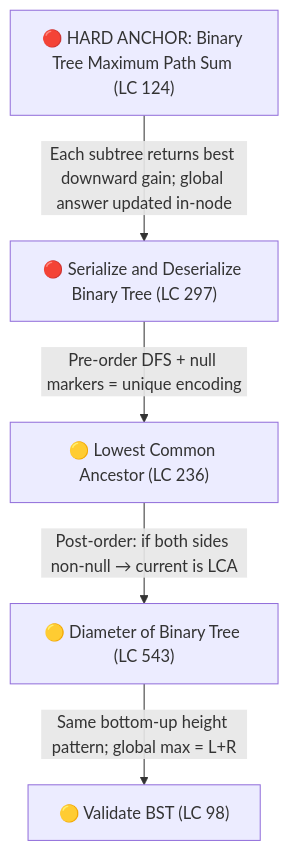
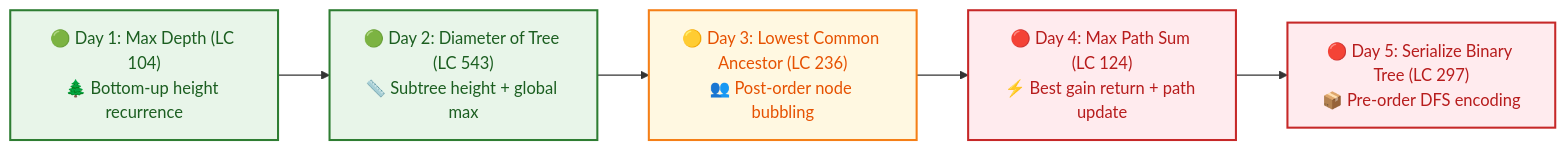
Before and after one commit to dip4k/DSA_102: the ninth of 19 diagrams in Senior_dsa_question_list.md, drawn with Mermaid. The commit also changed other lines of this file and 332 other files, not shown here.

````diff
--- a/Senior_dsa_question_list.md
+++ b/Senior_dsa_question_list.md
@@ -251,7 +308,14 @@
 ```mermaid
-flowchart TD
-    A["🔴 HARD ANCHOR: Binary Tree Maximum Path Sum (LC 124)"] -->|"Each subtree returns best downward gain; global answer updated in-node"| B["🔴 Serialize and Deserialize Binary Tree (LC 297)"]
-    B -->|"Pre-order DFS + null markers = unique encoding"| C["🟡 Lowest Common Ancestor (LC 236)"]
-    C -->|"Post-order: if both sides non-null → current is LCA"| D["🟡 Diameter of Binary Tree (LC 543)"]
-    D -->|"Same bottom-up height pattern; global max = L+R"| E["🟡 Validate BST (LC 98)"]
+flowchart LR
+    classDef startNode fill:#e8f5e9,stroke:#2e7d32,stroke-width:2px,color:#1b5e20
+    classDef midNode fill:#fff8e1,stroke:#f57f17,stroke-width:2px,color:#e65100
+    classDef hardNode fill:#ffebee,stroke:#c62828,stroke-width:2px,color:#b71c1c
+
+    A["🟢 Day 1: Max Depth (LC 104)<br/>🌲 Bottom-up height recurrence"]:::startNode
+    B["🟢 Day 2: Diameter of Tree (LC 543)<br/>📏 Subtree height + global max"]:::startNode
+    C["🟡 Day 3: Lowest Common Ancestor (LC 236)<br/>👥 Post-order node bubbling"]:::midNode
+    D["🔴 Day 4: Max Path Sum (LC 124)<br/>⚡ Best gain return + path update"]:::hardNode
+    E["🔴 Day 5: Serialize Binary Tree (LC 297)<br/>📦 Pre-order DFS encoding"]:::hardNode
+
+    A --> B --> C --> D --> E
 ```
````
